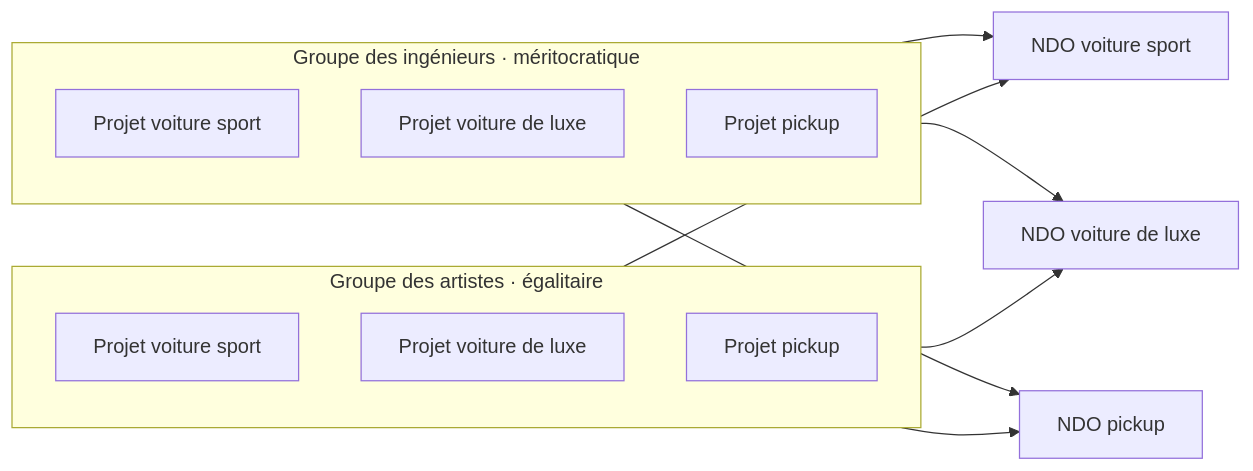
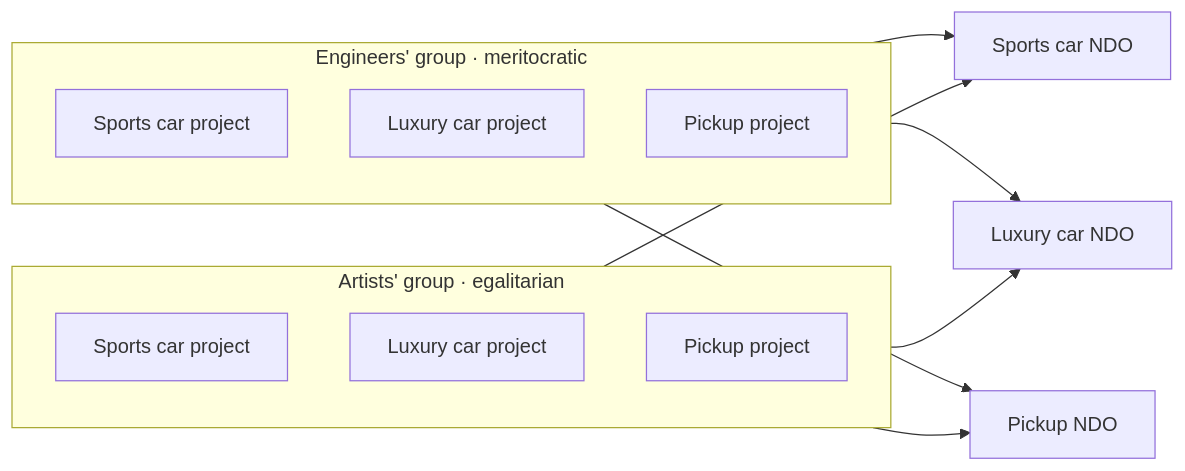
The third of 5 diagrams in content/meetings/2026-10-20-lab.md (Sensorica/nondominium-design-system), drawn with Mermaid before and after one commit. The commit also changed other lines of this file and 14 other files, not shown here.

````diff
--- a/content/meetings/2026-10-20-lab.md
+++ b/content/meetings/2026-10-20-lab.md
@@ -85,22 +86,22 @@
 ```mermaid
-%% caption: L'exemple des voitures : deux groupes aux contrats sociaux différents, un projet par voiture, trois NDO partagés
+%% caption: The cars example: two groups with different social contracts, one project per car, three shared NDOs
 flowchart LR
-  subgraph GA["Groupe des artistes · égalitaire"]
+  subgraph GA["Artists' group · egalitarian"]
     direction TB
-    A1["Projet voiture sport"]
-    A2["Projet voiture de luxe"]
-    A3["Projet pickup"]
+    A1["Sports car project"]
+    A2["Luxury car project"]
+    A3["Pickup project"]
   end
-  subgraph GI["Groupe des ingénieurs · méritocratique"]
+  subgraph GI["Engineers' group · meritocratic"]
     direction TB
-    I1["Projet voiture sport"]
-    I2["Projet voiture de luxe"]
-    I3["Projet pickup"]
+    I1["Sports car project"]
+    I2["Luxury car project"]
+    I3["Pickup project"]
   end
-  A1 --> N1["NDO voiture sport"]
+  A1 --> N1["Sports car NDO"]
   I1 --> N1
-  A2 --> N2["NDO voiture de luxe"]
+  A2 --> N2["Luxury car NDO"]
   I2 --> N2
-  A3 --> N3["NDO pickup"]
+  A3 --> N3["Pickup NDO"]
   I3 --> N3
 ```
````
